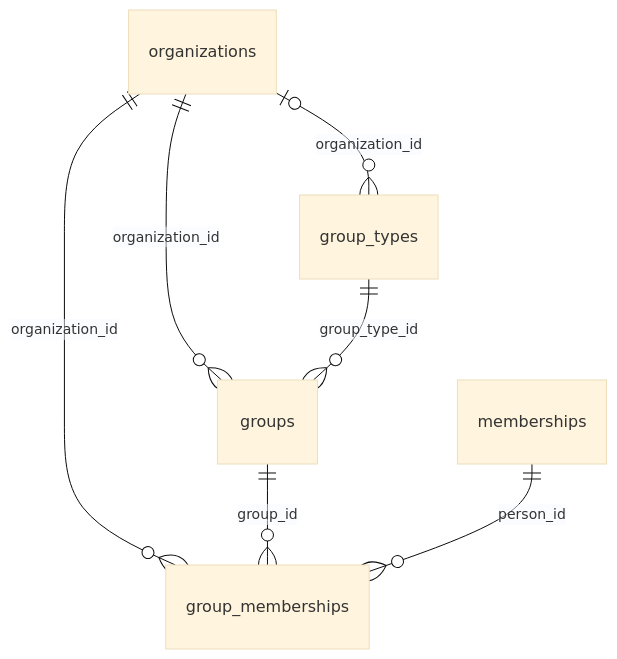
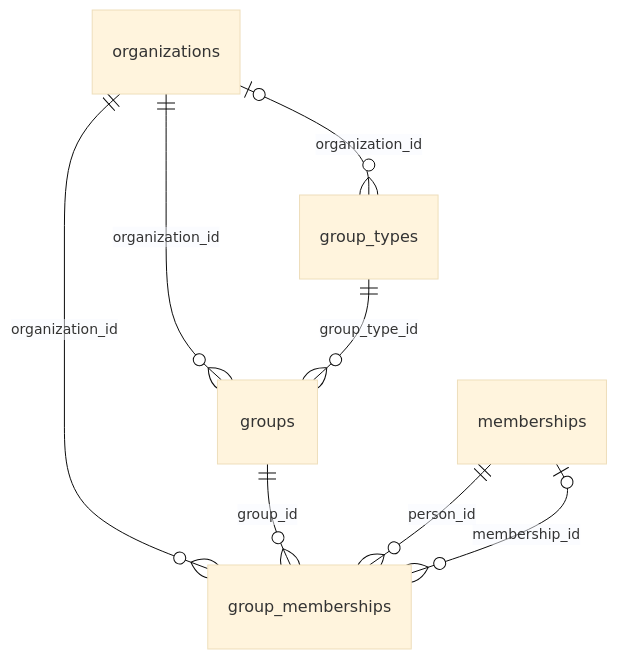
One commit to chenson42/presby changed the sixth of 9 diagrams in docs/schema-design.md. Above: the diagram before and after it, drawn with Mermaid (base theme). The commit also changed other lines of this file and 56 other files, not shown here.

````diff
--- a/docs/schema-design.md
+++ b/docs/schema-design.md
@@ -182,9 +183,10 @@
 ```mermaid
 erDiagram
   organizations ||--o{ group_memberships : "organization_id"
   groups ||--o{ group_memberships : "group_id"
   memberships ||--o{ group_memberships : "person_id"
+  memberships |o--o{ group_memberships : "membership_id"
   organizations |o--o{ group_types : "organization_id"
   organizations ||--o{ groups : "organization_id"
   group_types ||--o{ groups : "group_type_id"
 ```
````
